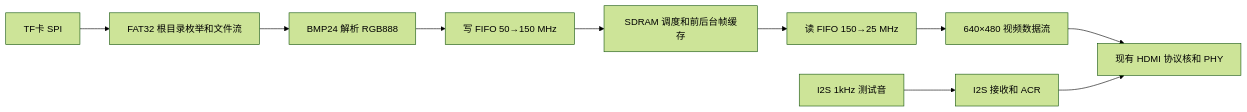
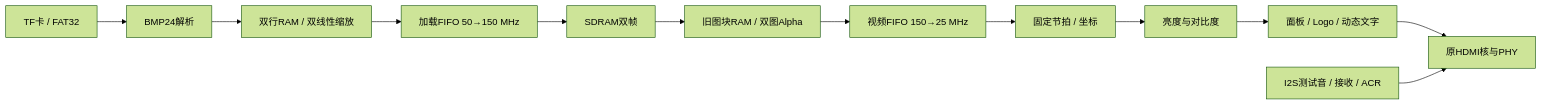
Before and after one commit to erenhkjhk/fpga_hdmi: the diagram in docs/RTL设计说明.md, drawn with Mermaid (forest theme). The commit also changed other lines of this file and 15 other files, not shown here.

````diff
--- a/docs/RTL设计说明.md
+++ b/docs/RTL设计说明.md
@@ -67,12 +54,14 @@
 ```mermaid
 flowchart LR
-    SD[TF卡 SPI] --> FAT[FAT32 根目录枚举和文件流]
-    FAT --> BMP[BMP24 解析 RGB888]
-    BMP --> WF[写 FIFO 50→150 MHz]
-    WF --> FB[SDRAM 调度和前后台帧缓存]
-    FB --> RF[读 FIFO 150→25 MHz]
-    RF --> VS[640×480 视频数据流]
-    VS --> HDMI[现有 HDMI 协议核和 PHY]
-    TONE[I2S 1kHz 测试音] --> RX[I2S 接收和 ACR]
-    RX --> HDMI
+    TF[TF卡 / FAT32] --> BMP[BMP24解析]
+    BMP --> SCALE[双行RAM / 双线性缩放]
+    SCALE --> WF[加载FIFO 50→150 MHz]
+    WF --> SDRAM[SDRAM双帧]
+    SDRAM --> FADE[旧图块RAM / 双图Alpha]
+    FADE --> VF[视频FIFO 150→25 MHz]
+    VF --> VIDEO[固定节拍 / 坐标]
+    VIDEO --> COLOR[亮度与对比度]
+    COLOR --> OSD[面板 / Logo / 动态文字]
+    OSD --> HDMI[原HDMI核与PHY]
+    AUDIO[I2S测试音 / 接收 / ACR] --> HDMI
 ```
````
